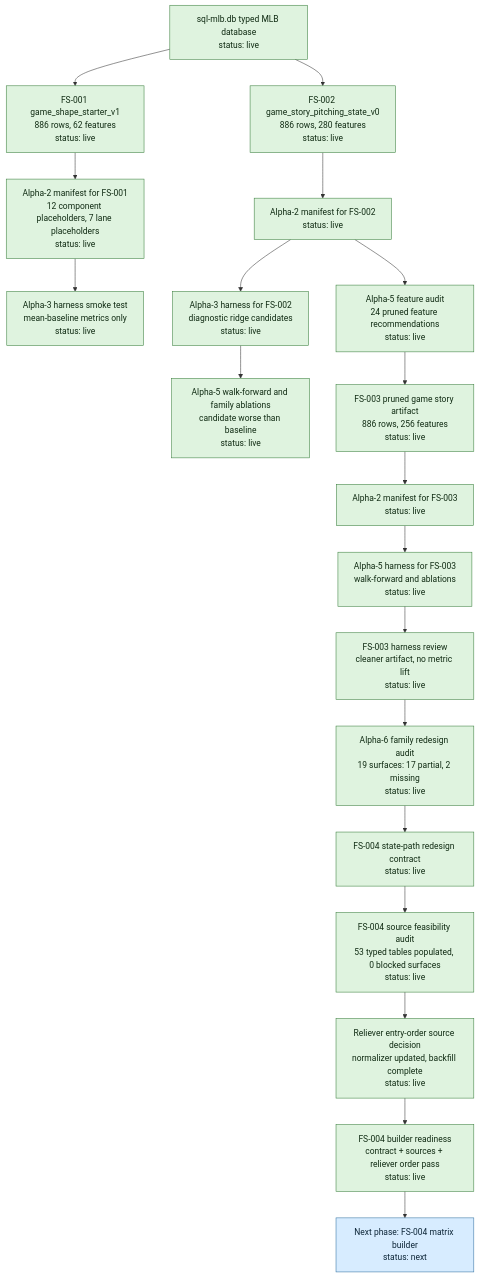
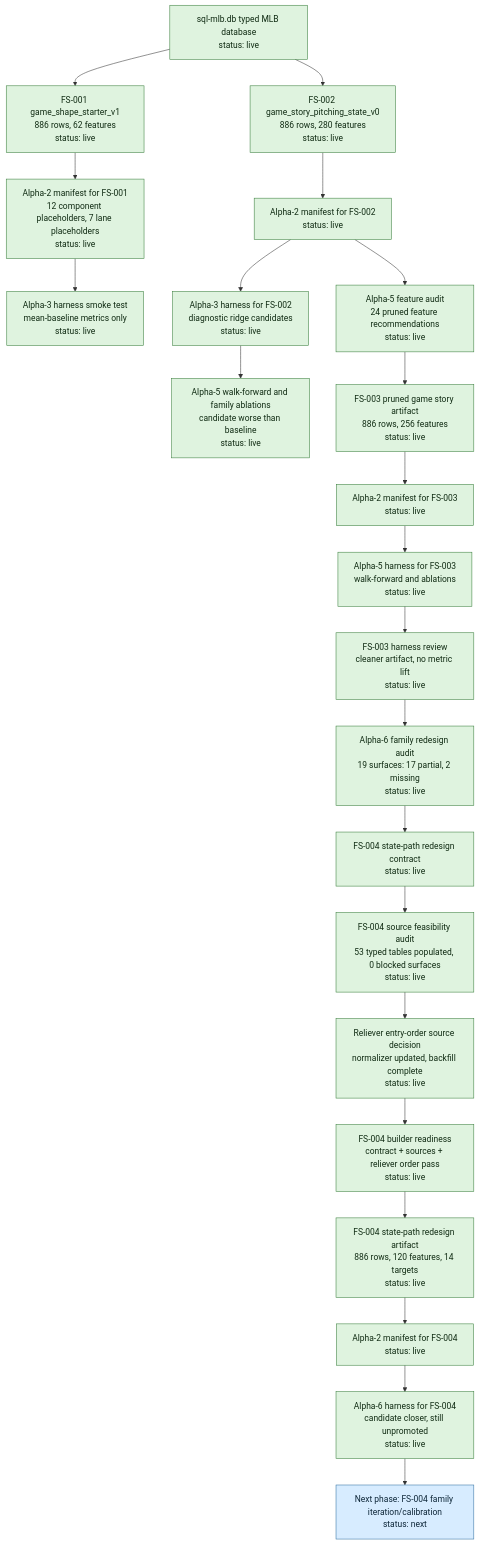
One commit to jiancchen/SlateAi changed the first of 4 diagrams in run-plans/mlb/2026-06-03-mlb-m3-alpha-state-progress.md. Above: the diagram before and after it, drawn with Mermaid. The commit also changed other lines of this file and 40 other files, not shown here.

First line of the commit message:
Build MLB-M3 FS-004 state-path artifact

````diff
--- a/run-plans/mlb/2026-06-03-mlb-m3-alpha-state-progress.md
+++ b/run-plans/mlb/2026-06-03-mlb-m3-alpha-state-progress.md
@@ -51,32 +51,35 @@
 ```mermaid
 flowchart TD
   SQL["sql-mlb.db typed MLB database<br/>status: live"] --> FS001["FS-001 game_shape_starter_v1<br/>886 rows, 62 features<br/>status: live"]
   SQL --> FS002["FS-002 game_story_pitching_state_v0<br/>886 rows, 280 features<br/>status: live"]
 
   FS001 --> M001["Alpha-2 manifest for FS-001<br/>12 component placeholders, 7 lane placeholders<br/>status: live"]
   M001 --> H001["Alpha-3 harness smoke test<br/>mean-baseline metrics only<br/>status: live"]
 
   FS002 --> M002["Alpha-2 manifest for FS-002<br/>status: live"]
   M002 --> H002["Alpha-3 harness for FS-002<br/>diagnostic ridge candidates<br/>status: live"]
   M002 --> A002["Alpha-5 feature audit<br/>24 pruned feature recommendations<br/>status: live"]
   H002 --> WF002["Alpha-5 walk-forward and family ablations<br/>candidate worse than baseline<br/>status: live"]
 
   A002 --> FS003["FS-003 pruned game story artifact<br/>886 rows, 256 features<br/>status: live"]
   FS003 --> M003["Alpha-2 manifest for FS-003<br/>status: live"]
   M003 --> H003["Alpha-5 harness for FS-003<br/>walk-forward and ablations<br/>status: live"]
   H003 --> R003["FS-003 harness review<br/>cleaner artifact, no metric lift<br/>status: live"]
 
   R003 --> A6["Alpha-6 family redesign audit<br/>19 surfaces: 17 partial, 2 missing<br/>status: live"]
   A6 --> C004["FS-004 state-path redesign contract<br/>status: live"]
   C004 --> S004["FS-004 source feasibility audit<br/>53 typed tables populated, 0 blocked surfaces<br/>status: live"]
   S004 --> D004["Reliever entry-order source decision<br/>normalizer updated, backfill complete<br/>status: live"]
   D004 --> BR004["FS-004 builder readiness<br/>contract + sources + reliever order pass<br/>status: live"]
-  BR004 --> NEXT["Next phase: FS-004 matrix builder<br/>status: next"]
+  BR004 --> FS004["FS-004 state-path redesign artifact<br/>886 rows, 120 features, 14 targets<br/>status: live"]
+  FS004 --> M004["Alpha-2 manifest for FS-004<br/>status: live"]
+  M004 --> H004["Alpha-6 harness for FS-004<br/>candidate closer, still unpromoted<br/>status: live"]
+  H004 --> NEXT["Next phase: FS-004 family iteration/calibration<br/>status: next"]
 
   classDef live fill:#dff3df,stroke:#367c39,color:#102b13;
   classDef partial fill:#fff2c2,stroke:#927000,color:#332800;
   classDef next fill:#d7ecff,stroke:#2f6f9f,color:#0d2638;
 
-  class SQL,FS001,FS002,M001,H001,M002,H002,A002,WF002,FS003,M003,H003,R003,A6,C004,S004,D004,BR004 live;
+  class SQL,FS001,FS002,M001,H001,M002,H002,A002,WF002,FS003,M003,H003,R003,A6,C004,S004,D004,BR004,FS004,M004,H004 live;
   class NEXT next;
 ```
````
